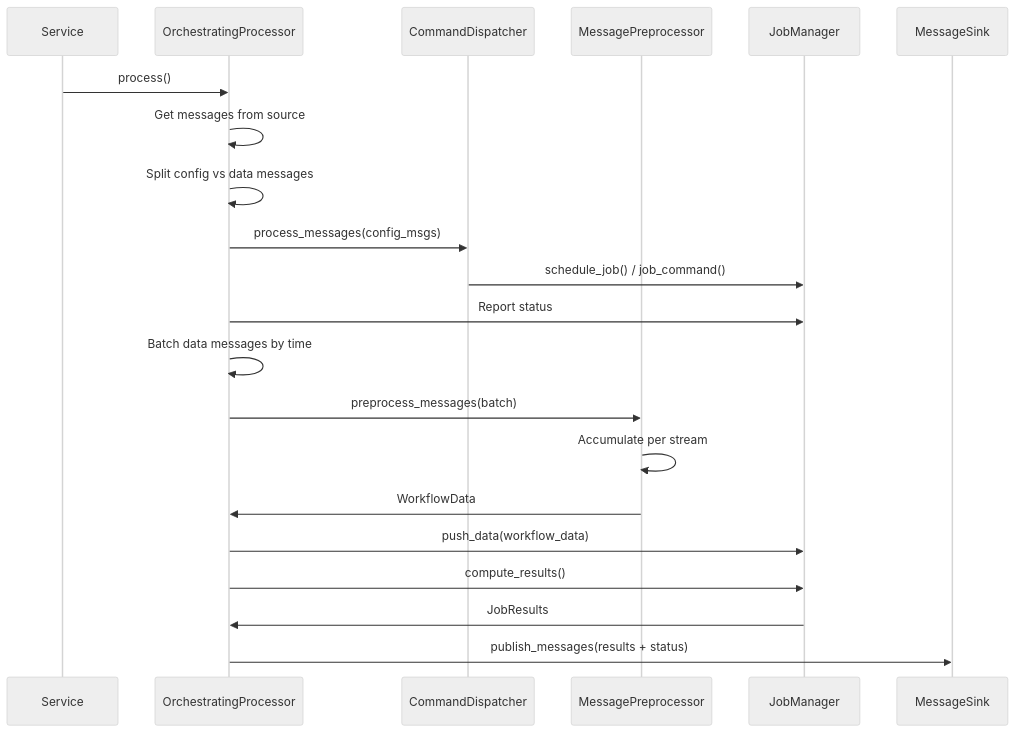
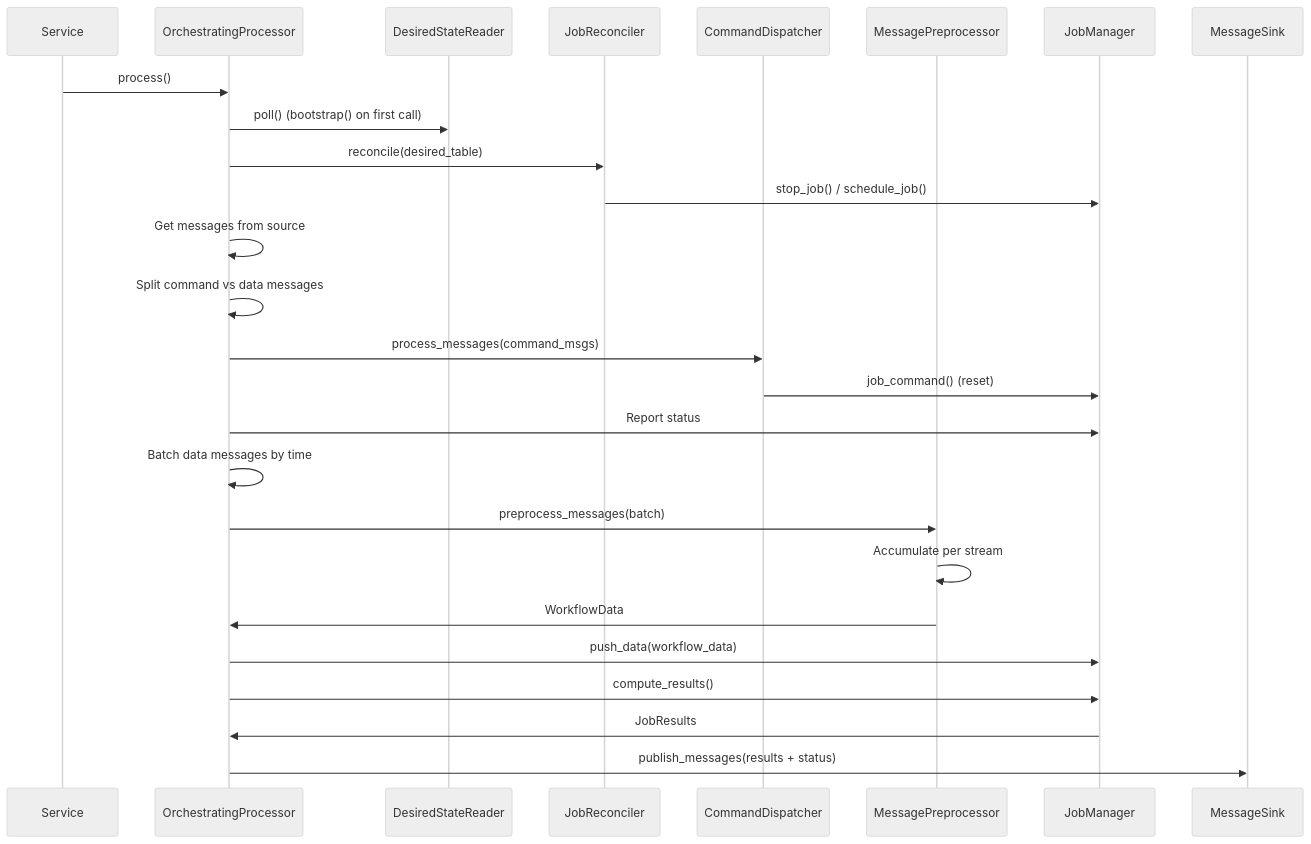
The second of 3 diagrams in docs/developer/design/backend-service-architecture.md (scipp/esslivedata), drawn with Mermaid (neutral theme) before and after one commit. The commit also changed other lines of this file and 11 other files, not shown here.

````diff
--- a/docs/developer/design/backend-service-architecture.md
+++ b/docs/developer/design/backend-service-architecture.md
@@ -112,24 +113,29 @@
 ```mermaid
 sequenceDiagram
     participant S as Service
     participant OP as OrchestratingProcessor
+    participant DR as DesiredStateReader
+    participant JR as JobReconciler
     participant CP as CommandDispatcher
     participant MP as MessagePreprocessor
     participant JM as JobManager
     participant Sink as MessageSink
 
     S->>OP: process()
+    OP->>DR: poll() (bootstrap() on first call)
+    OP->>JR: reconcile(desired_table)
+    JR->>JM: stop_job() / schedule_job()
     OP->>OP: Get messages from source
-    OP->>OP: Split config vs data messages
-    OP->>CP: process_messages(config_msgs)
-    CP->>JM: schedule_job() / job_command()
+    OP->>OP: Split command vs data messages
+    OP->>CP: process_messages(command_msgs)
+    CP->>JM: job_command() (reset)
     OP->>JM: Report status
     OP->>OP: Batch data messages by time
     OP->>MP: preprocess_messages(batch)
     MP->>MP: Accumulate per stream
     MP->>OP: WorkflowData
     OP->>JM: push_data(workflow_data)
     OP->>JM: compute_results()
     JM->>OP: JobResults
     OP->>Sink: publish_messages(results + status)
 ```
````
